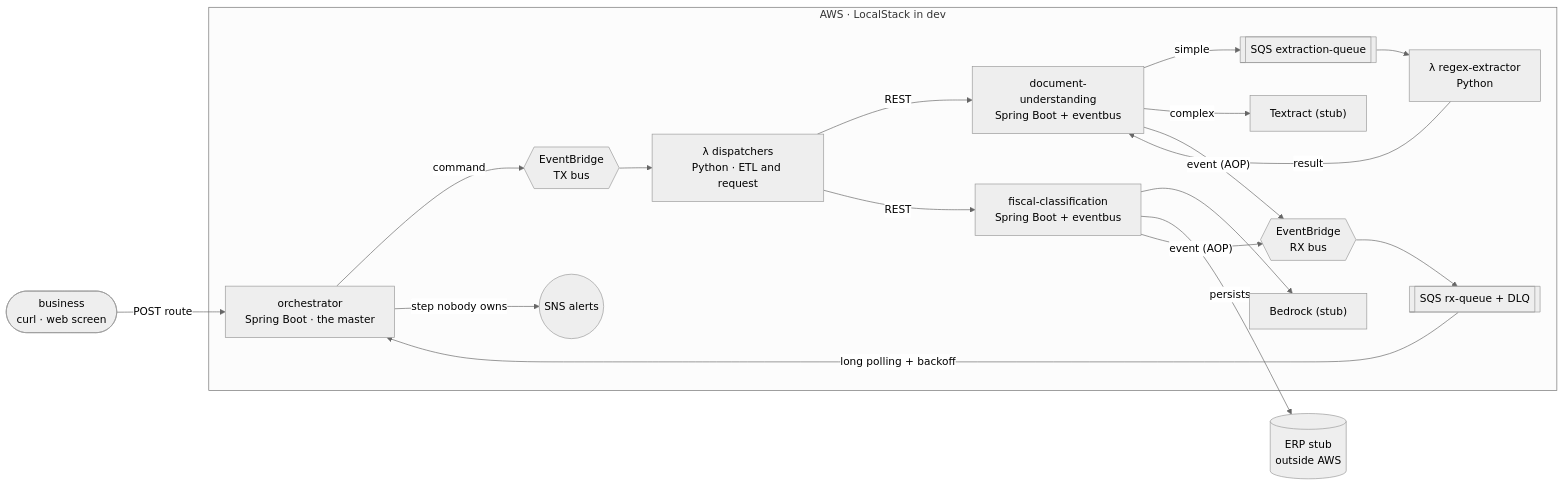
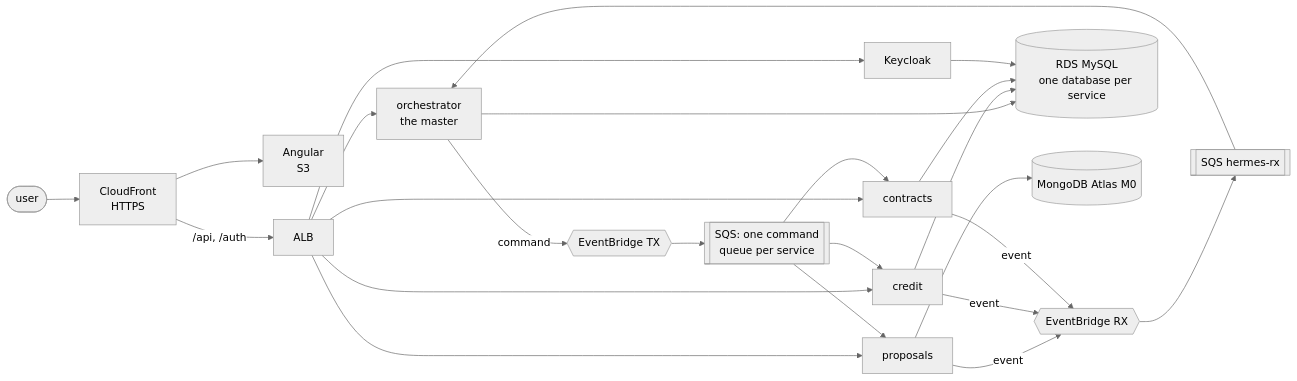
Before and after one commit to Batchuka/spec-hermes: the diagram in README.md, drawn with Mermaid (neutral theme). The commit also changed other lines of this file and 27 other files, not shown here.

First line of the commit message:
docs: move Hermes to a financing domain with one repository per app

````diff
--- a/README.md
+++ b/README.md
@@ -34,29 +29,25 @@
 ```mermaid
 flowchart LR
-    biz(["business<br/>curl · web screen"])
-    erp[("ERP stub<br/>outside AWS")]
-    subgraph aws["AWS · LocalStack in dev"]
-        orch["orchestrator<br/>Spring Boot · the master"]
-        tx{{"EventBridge<br/>TX bus"}}
-        rx{{"EventBridge<br/>RX bus"}}
-        rxq[["SQS rx-queue + DLQ"]]
-        ltx["λ dispatchers<br/>Python · ETL and request"]
-        du["document-understanding<br/>Spring Boot + eventbus"]
-        clf["fiscal-classification<br/>Spring Boot + eventbus"]
-        exq[["SQS extraction-queue"]]
-        lre["λ regex-extractor<br/>Python"]
-        tex["Textract (stub)"]
-        bed["Bedrock (stub)"]
-        sns(("SNS alerts"))
-    end
-    biz -->|"POST route"| orch
-    orch -->|command| tx --> ltx
-    ltx -->|REST| du & clf
-    du -->|simple| exq --> lre -->|result| du
-    du -->|complex| tex
-    clf --> bed
-    clf -->|persists| erp
-    du & clf -->|"event (AOP)"| rx --> rxq
-    rxq -->|"long polling + backoff"| orch
-    orch -->|"step nobody owns"| sns
+    user(["user"])
+    cf["CloudFront<br/>HTTPS"]
+    web["Angular<br/>S3"]
+    alb["ALB"]
+    kc["Keycloak"]
+    orch["orchestrator<br/>the master"]
+    prop["proposals"]
+    cred["credit"]
+    con["contracts"]
+    tx{{"EventBridge TX"}}
+    rx{{"EventBridge RX"}}
+    cq[["SQS: one command<br/>queue per service"]]
+    rxq[["SQS hermes-rx"]]
+    mysql[("RDS MySQL<br/>one database per service")]
+    mongo[("MongoDB Atlas M0")]
+
+    user --> cf --> web
+    cf -->|"/api, /auth"| alb --> orch & prop & cred & con & kc
+    orch -->|command| tx --> cq --> prop & cred & con
+    prop & cred & con -->|event| rx --> rxq --> orch
+    orch & cred & con & kc --> mysql
+    prop --> mongo
 ```
````
